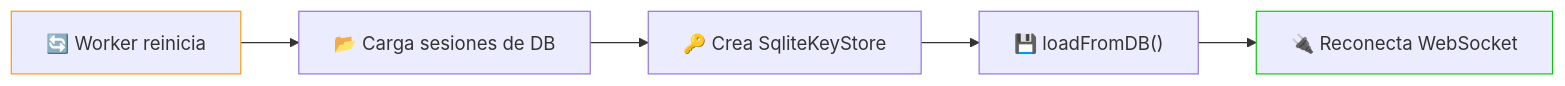
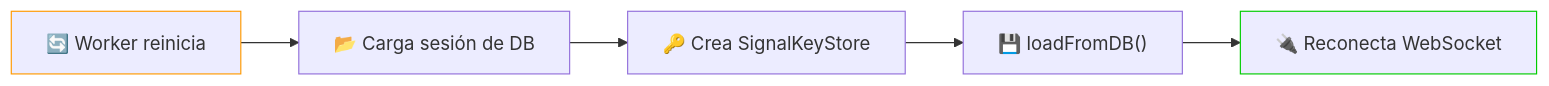
One commit to Fibra-Labs/chepibe-personal changed the third of 4 diagrams in docs/baileys.md. Above: the diagram before and after it, drawn with Mermaid. The commit also changed other lines of this file and 41 other files, not shown here.

````diff
--- a/docs/baileys.md
+++ b/docs/baileys.md
@@ -73,10 +73,10 @@
 ```mermaid
 flowchart LR
-    A["🔄 Worker reinicia"] --> B["📂 Carga sesiones de DB"]
-    B --> C["🔑 Crea SqliteKeyStore"]
+    A["🔄 Worker reinicia"] --> B["📂 Carga sesión de DB"]
+    B --> C["🔑 Crea SignalKeyStore"]
     C --> D["💾 loadFromDB()"]
     D --> E["🔌 Reconecta WebSocket"]
 
     style A stroke:#ff9900
     style E stroke:#00cc00
 ```
````
